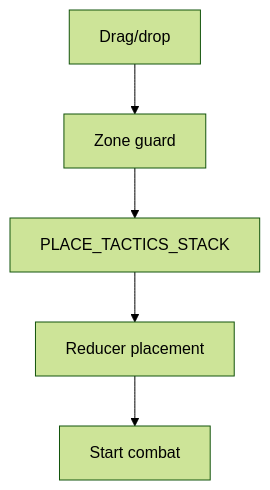
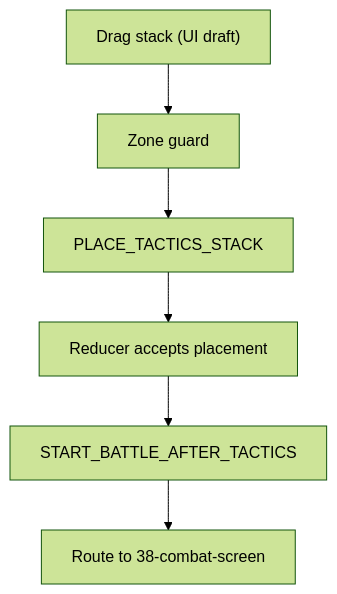
Before and after one commit to SunaNoOshiro/Heroes_Reforged_AI_Realms: the third of 5 diagrams in docs/architecture/wiki/screens/45-tactics-phase/architecture.md, drawn with Mermaid (forest theme). The commit also changed other lines of this file and 518 other files, not shown here.

First line of the commit message:
Add doc-audit skill and sweep architecture/screen docs

````diff
--- a/docs/architecture/wiki/screens/45-tactics-phase/architecture.md
+++ b/docs/architecture/wiki/screens/45-tactics-phase/architecture.md
@@ -44,8 +48,8 @@
 ```mermaid
 flowchart TD
-  I0["Drag/drop"] --> I1
-  I1["Zone guard"] --> I2
-  I2["PLACE_TACTICS_STACK"] --> I3
-  I3["Reducer placement"] --> I4
-  I4["Start combat"]
+  I0["Drag stack (UI draft)"] --> I1["Zone guard"]
+  I1 --> I2["PLACE_TACTICS_STACK"]
+  I2 --> I3["Reducer accepts placement"]
+  I3 --> I4["START_BATTLE_AFTER_TACTICS"]
+  I4 --> I5["Route to 38-combat-screen"]
 ```
````
